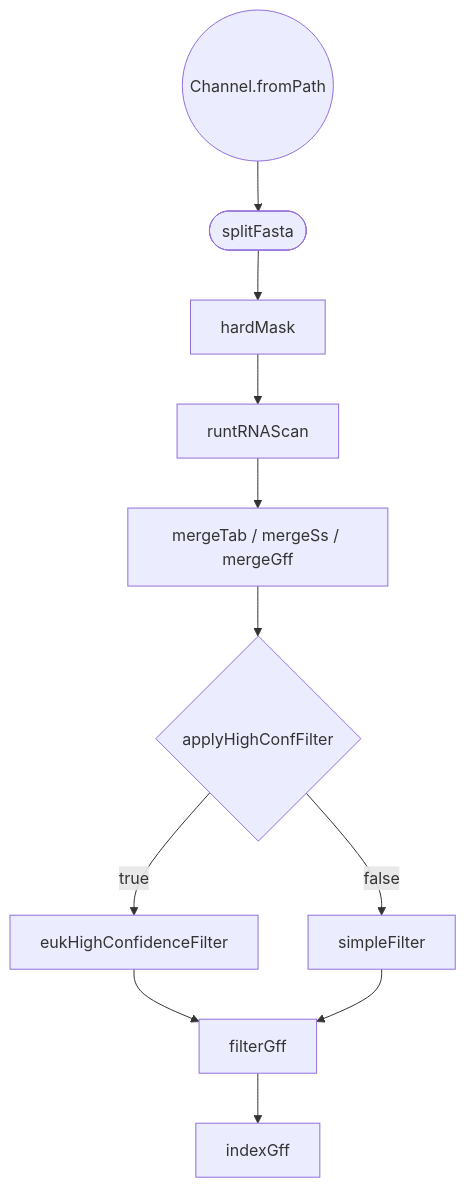
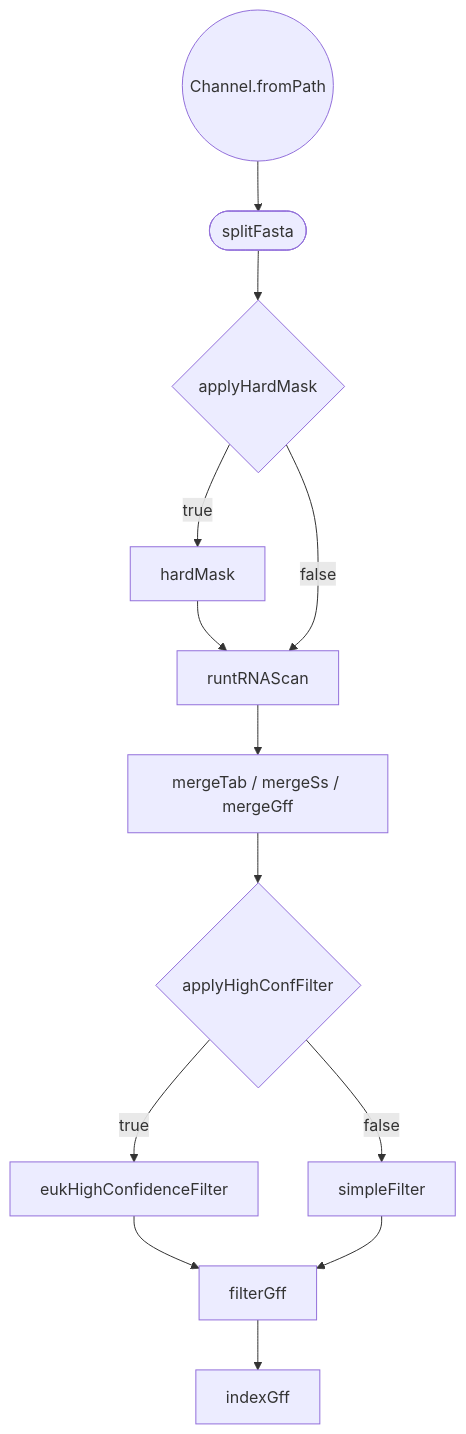
Before and after one commit to VEuPathDB/trna-scan-nextflow: the diagram in README.md, drawn with Mermaid. The commit also changed other lines of this file and 2 other files, not shown here.

Commit message:
Make hard-masking optional via applyHardMask param (default off)

````diff
--- a/README.md
+++ b/README.md
@@ -5,19 +5,23 @@
 ```mermaid
 flowchart TD
     p0((Channel.fromPath))
     p1([splitFasta])
-    p2[hardMask]
-    p3[runtRNAScan]
-    p4[mergeTab / mergeSs / mergeGff]
-    p5{applyHighConfFilter}
-    p6[eukHighConfidenceFilter]
-    p7[simpleFilter]
-    p8[filterGff]
-    p9[indexGff]
-    p0 --> p1 --> p2 --> p3 --> p4 --> p5
-    p5 -->|true| p6
-    p5 -->|false| p7
-    p6 --> p8
-    p7 --> p8
+    p2{applyHardMask}
+    p3[hardMask]
+    p4[runtRNAScan]
+    p5[mergeTab / mergeSs / mergeGff]
+    p6{applyHighConfFilter}
+    p7[eukHighConfidenceFilter]
+    p8[simpleFilter]
+    p9[filterGff]
+    p10[indexGff]
+    p0 --> p1 --> p2
+    p2 -->|true| p3 --> p4
+    p2 -->|false| p4
+    p4 --> p5 --> p6
+    p6 -->|true| p7
+    p6 -->|false| p8
+    p7 --> p9
     p8 --> p9
+    p9 --> p10
 ```
````
